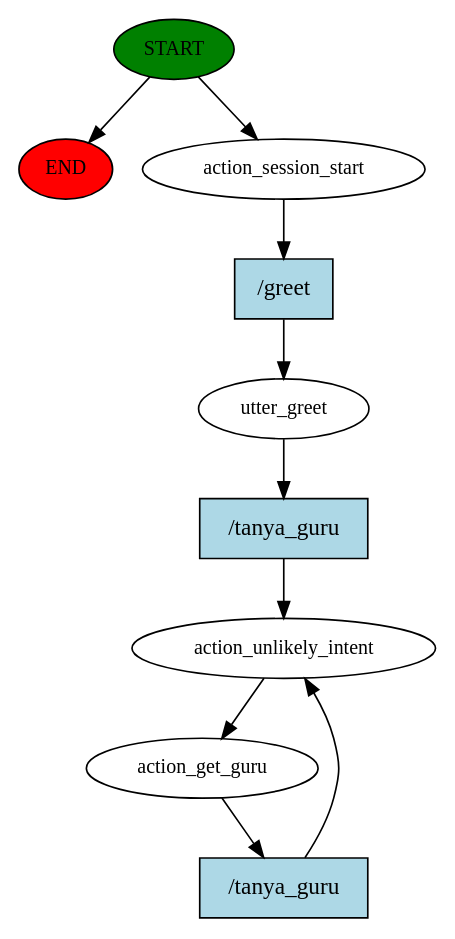
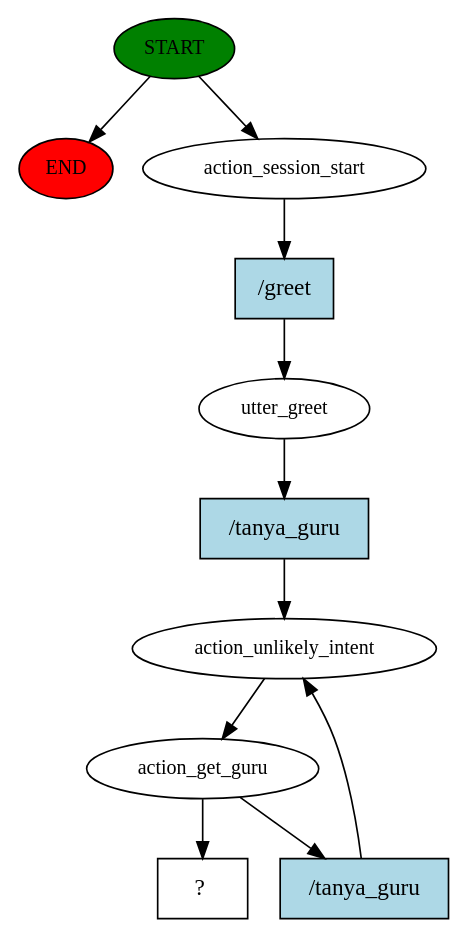
One commit to Ardika000/RASA-AI-DITA_BOT changed the diagram in story_graph.dot. Above: the diagram before and after it, drawn with Graphviz. The commit also changed 107 other files, not shown here.

```diff
--- a/story_graph.dot
+++ b/story_graph.dot
@@ -1,20 +1,22 @@
 digraph  {
 0 [class="start active", fillcolor=green, fontsize=12, label=START, style=filled];
 "-1" [class=end, fillcolor=red, fontsize=12, label=END, style=filled];
 1 [class=active, fontsize=12, label=action_session_start];
 2 [class=active, fontsize=12, label=utter_greet];
 3 [class=active, fontsize=12, label=action_unlikely_intent];
-4 [class="active dashed", fontsize=12, label=action_get_guru];
-7 [class="intent active", fillcolor=lightblue, label="/greet", shape=rect, style=filled];
-8 [class="intent active", fillcolor=lightblue, label="/tanya_guru", shape=rect, style=filled];
+4 [class=active, fontsize=12, label=action_get_guru];
+7 [class="intent dashed active", label="  ?  ", shape=rect];
+8 [class="intent active", fillcolor=lightblue, label="/greet", shape=rect, style=filled];
 9 [class="intent active", fillcolor=lightblue, label="/tanya_guru", shape=rect, style=filled];
+10 [class="intent active", fillcolor=lightblue, label="/tanya_guru", shape=rect, style=filled];
 0 -> "-1"  [class="", key=NONE, label=""];
 0 -> 1  [class=active, key=NONE, label=""];
-1 -> 7  [class=active, key=0];
-2 -> 8  [class=active, key=0];
+1 -> 8  [class=active, key=0];
+2 -> 9  [class=active, key=0];
 3 -> 4  [class=active, key=NONE, label=""];
-4 -> 9  [class=active, key=0];
-7 -> 2  [class=active, key=0];
-8 -> 3  [class=active, key=0];
+4 -> 7  [class=active, key=NONE, label=""];
+4 -> 10  [class=active, key=0];
+8 -> 2  [class=active, key=0];
 9 -> 3  [class=active, key=0];
+10 -> 3  [class=active, key=0];
 }
```
